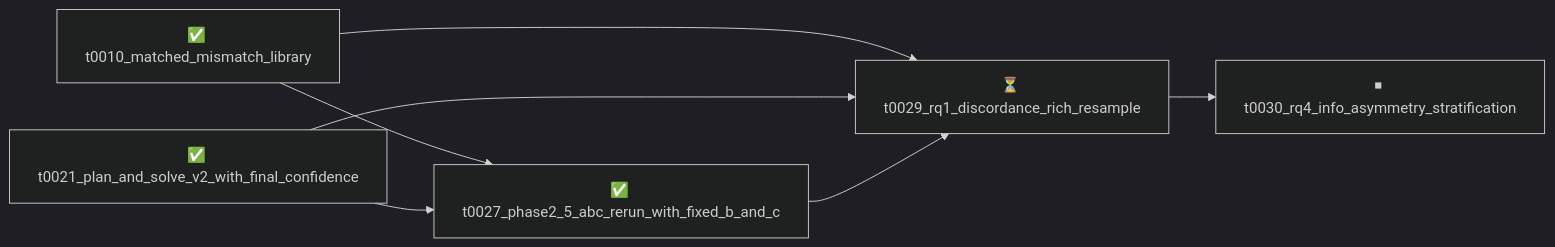
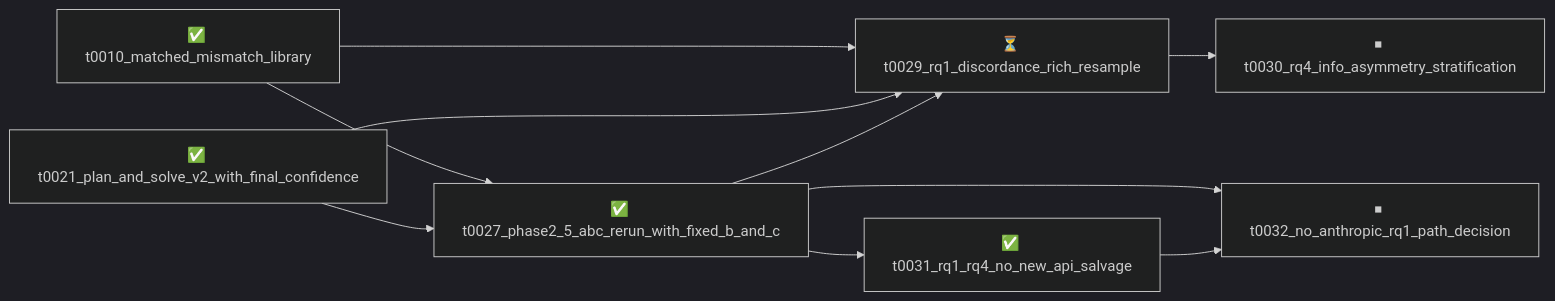
One commit to omniscale-ai/reasoning-scale2 changed the diagram in overview/tasks/README.md. Above: the diagram before and after it, drawn with Mermaid (dark theme). The commit also changed other lines of this file and 24 other files, not shown here.

Commit message:
overview: refresh after creating t0032_no_anthropic_rq1_path_decision

````diff
--- a/overview/tasks/README.md
+++ b/overview/tasks/README.md
@@ -13,15 +13,20 @@
 ```mermaid
 graph LR
     t0010_matched_mismatch_library["✅ t0010_matched_mismatch_library"]
     t0021_plan_and_solve_v2_with_final_confidence["✅ t0021_plan_and_solve_v2_with_final_confidence"]
     t0027_phase2_5_abc_rerun_with_fixed_b_and_c["✅ t0027_phase2_5_abc_rerun_with_fixed_b_and_c"]
     t0029_rq1_discordance_rich_resample["⏳ t0029_rq1_discordance_rich_resample"]
     t0030_rq4_info_asymmetry_stratification["⏹ t0030_rq4_info_asymmetry_stratification"]
+    t0031_rq1_rq4_no_new_api_salvage["✅ t0031_rq1_rq4_no_new_api_salvage"]
+    t0032_no_anthropic_rq1_path_decision["⏹ t0032_no_anthropic_rq1_path_decision"]
 
     t0010_matched_mismatch_library --> t0027_phase2_5_abc_rerun_with_fixed_b_and_c
     t0021_plan_and_solve_v2_with_final_confidence --> t0027_phase2_5_abc_rerun_with_fixed_b_and_c
     t0010_matched_mismatch_library --> t0029_rq1_discordance_rich_resample
     t0021_plan_and_solve_v2_with_final_confidence --> t0029_rq1_discordance_rich_resample
     t0027_phase2_5_abc_rerun_with_fixed_b_and_c --> t0029_rq1_discordance_rich_resample
     t0029_rq1_discordance_rich_resample --> t0030_rq4_info_asymmetry_stratification
+    t0027_phase2_5_abc_rerun_with_fixed_b_and_c --> t0031_rq1_rq4_no_new_api_salvage
+    t0027_phase2_5_abc_rerun_with_fixed_b_and_c --> t0032_no_anthropic_rq1_path_decision
+    t0031_rq1_rq4_no_new_api_salvage --> t0032_no_anthropic_rq1_path_decision
 ```
````
